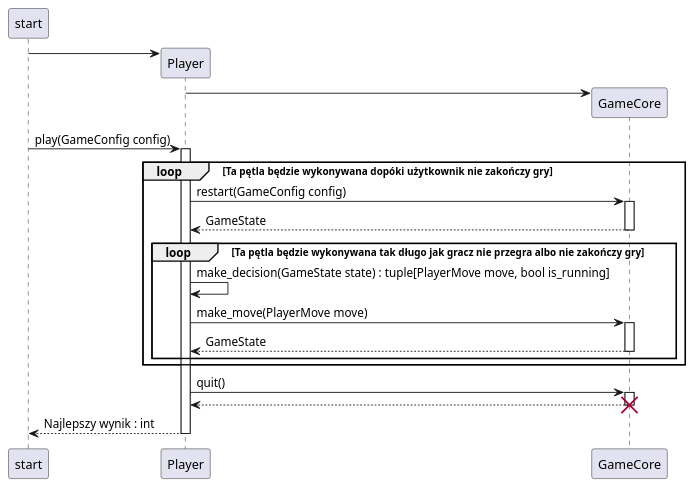
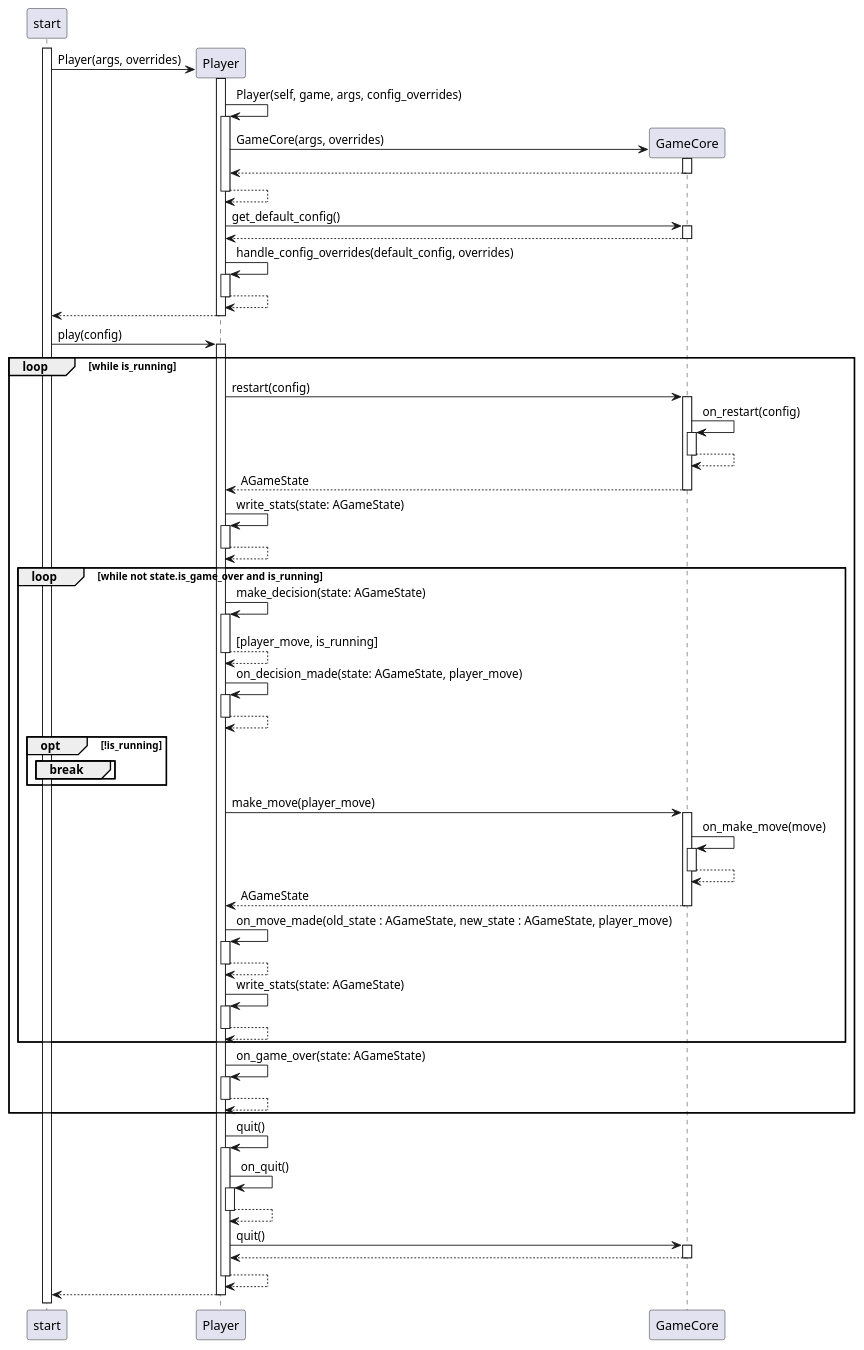
One commit to lzajka/gra-RL changed the second of 2 diagrams in docs/source_code/index.rst. Above: the diagram before and after it, drawn with PlantUML. The commit also changed other lines of this file, not shown here.

Commit message:
docs(snake): Zaktualizowano dokumentacja opisującą działanie abstrakcyjnej gry

```diff
--- a/docs/source_code/index.rst
+++ b/docs/source_code/index.rst
@@ -65,36 +83,73 @@
 .. uml::
+
     participant start
 
-
-    create participant Player
-    start -> Player
-    create participant GameCore
-    Player -> GameCore
-    start -> Player: play(GameConfig config)
-
-    
+    create Player
+    activate start
+    start -> Player : Player(args, overrides)
     activate Player
-    
-
-    loop Ta pętla będzie wykonywana dopóki użytkownik nie zakończy gry
-        Player -> GameCore: restart(GameConfig config)
+    Player -> Player : Player(self, game, args, config_overrides)
+    activate Player
+    create GameCore
+    Player -> GameCore : GameCore(args, overrides)
+    activate GameCore
+    return
+    return
+    Player -> GameCore : get_default_config()
+    activate GameCore
+    return
+    Player -> Player: handle_config_overrides(default_config, overrides)
+    activate Player
+    return
+    return
+    start -> Player : play(config)
+    activate Player
+    loop while is_running
+        Player -> GameCore : restart(config)
         activate GameCore
-        return GameState
-
-        loop Ta pętla będzie wykonywana tak długo jak gracz nie przegra albo nie zakończy gry
-            Player -> Player: make_decision(GameState state) : tuple[PlayerMove move, bool is_running] 
-
-            Player -> GameCore: make_move(PlayerMove move)
-
+        GameCore -> GameCore : on_restart(config)
+        activate GameCore
+        return
+        return AGameState
+        Player -> Player : write_stats(state: AGameState)
+        activate Player
+        return 
+        loop while not state.is_game_over and is_running
+            Player -> Player : make_decision(state: AGameState)
+            activate Player
+            return [player_move, is_running]
+            Player -> Player : on_decision_made(state: AGameState, player_move)
+            activate Player
+            return
+            opt !is_running
+                break 
+                end
+            end
+            
+            Player -> GameCore : make_move(player_move)
             activate GameCore
-            return GameState
-        end
-
-        
+            GameCore -> GameCore : on_make_move(move)
+            activate GameCore
+            return
+            return AGameState
+            Player -> Player : on_move_made(old_state : AGameState, new_state : AGameState, player_move)
+            activate Player
+            return
+            Player -> Player : write_stats(state: AGameState)
+            activate Player
+            return
+            end
+        Player -> Player : on_game_over(state: AGameState)
+        activate Player
+        return
     end
-    Player -> GameCore: quit()
+    Player -> Player : quit()
+    activate Player
+    Player -> Player : on_quit()
+    activate Player
+    return
+    Player -> GameCore : quit()
     activate GameCore
-    return 
-
-    destroy GameCore
-    return Najlepszy wynik : int
+    return
+    return
+    return
```
